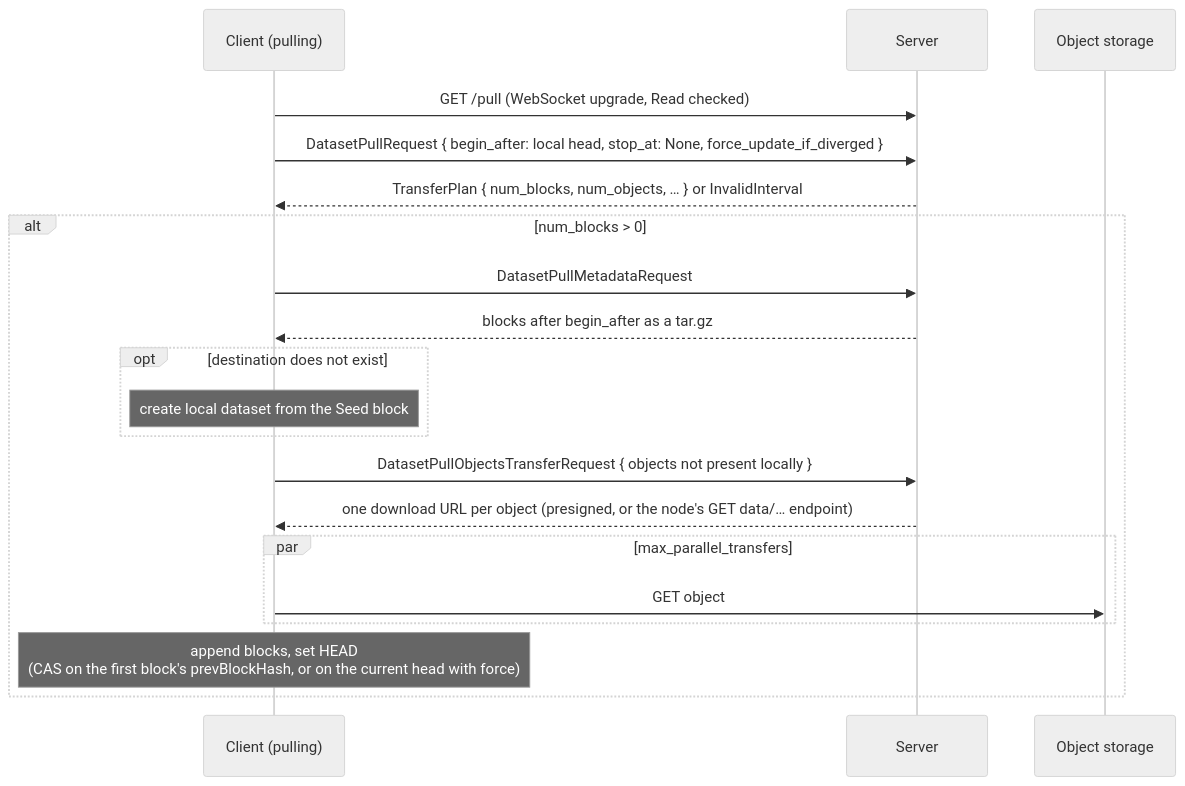
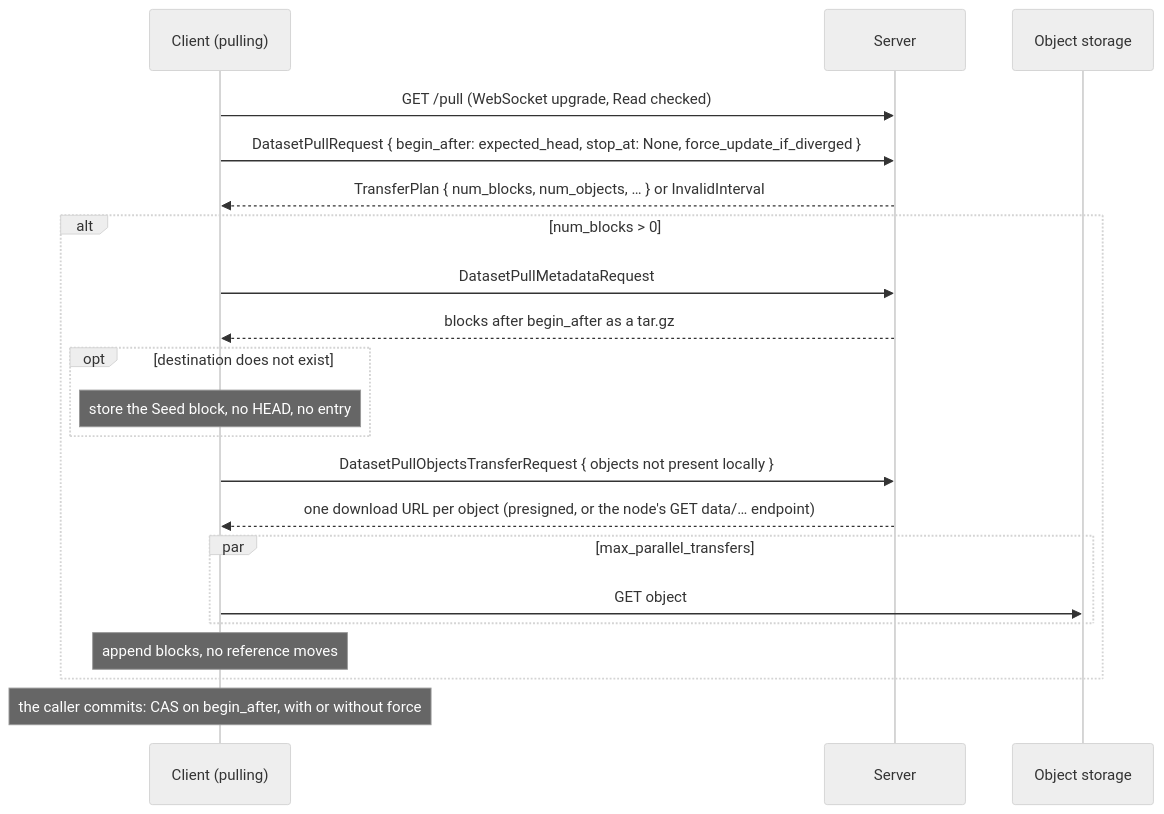
Before and after one commit to kamu-data/kamu-cli: the second of 3 diagrams in docs/internal/dataset-sync.md, drawn with Mermaid (neutral theme). The commit also changed other lines of this file and 48 other files, not shown here.

Commit message:
DS5.1/DS5.2: pull transfers without moving HEAD, commit in the caller's transaction

````diff
--- a/docs/internal/dataset-sync.md
+++ b/docs/internal/dataset-sync.md
@@ -254,22 +287,23 @@
 ```mermaid
 sequenceDiagram
     participant C as Client (pulling)
     participant S as Server
     participant O as Object storage
     C->>S: GET /pull (WebSocket upgrade, Read checked)
-    C->>S: DatasetPullRequest { begin_after: local head, stop_at: None, force_update_if_diverged }
+    C->>S: DatasetPullRequest { begin_after: expected_head, stop_at: None, force_update_if_diverged }
     S-->>C: TransferPlan { num_blocks, num_objects, … } or InvalidInterval
     alt num_blocks > 0
         C->>S: DatasetPullMetadataRequest
         S-->>C: blocks after begin_after as a tar.gz
         opt destination does not exist
-            Note over C: create local dataset from the Seed block
+            Note over C: store the Seed block, no HEAD, no entry
         end
         C->>S: DatasetPullObjectsTransferRequest { objects not present locally }
         S-->>C: one download URL per object (presigned, or the node's GET data/… endpoint)
         par max_parallel_transfers
             C->>O: GET object
         end
-        Note over C: append blocks, set HEAD<br/>(CAS on the first block's prevBlockHash, or on the current head with force)
+        Note over C: append blocks, no reference moves
     end
+    Note over C: the caller commits: CAS on begin_after, with or without force
 ```
````
